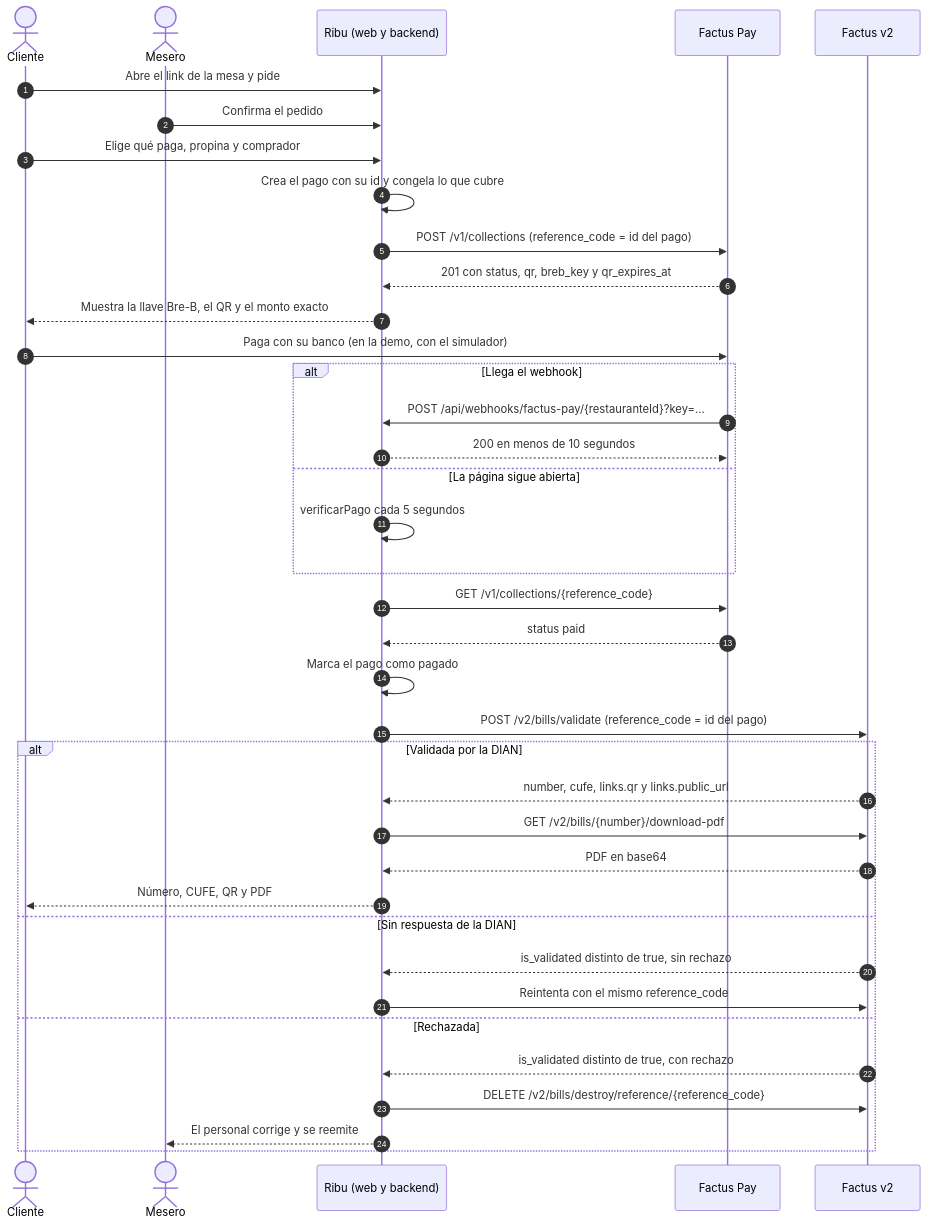
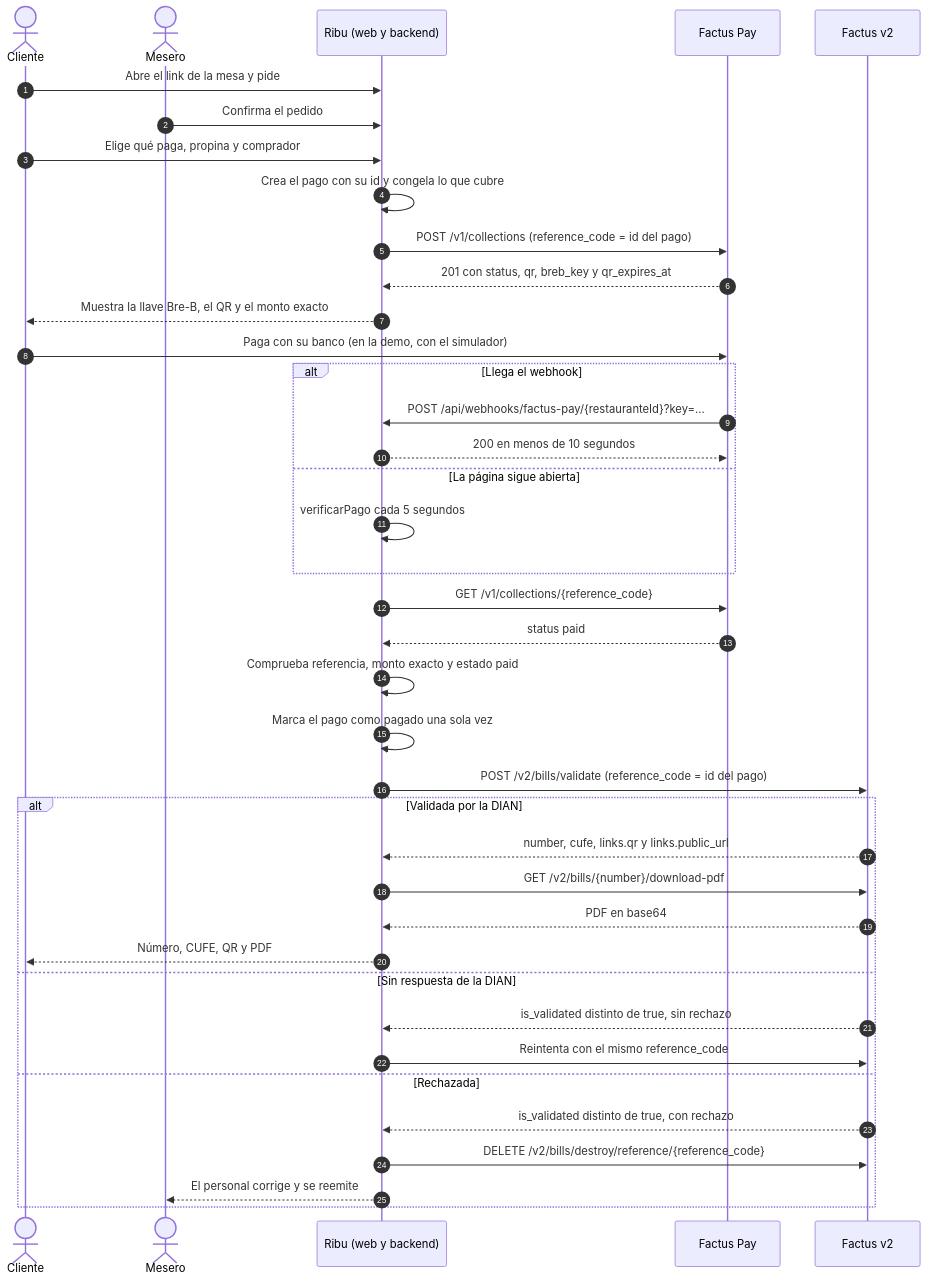
The first of 2 diagrams in docs/explicacion-integracion.md (ribu-co/ribu), drawn with Mermaid before and after one commit. The commit also changed other lines of this file, not shown here.

````diff
--- a/docs/explicacion-integracion.md
+++ b/docs/explicacion-integracion.md
@@ -40,44 +40,45 @@
 ```mermaid
 sequenceDiagram
     autonumber
     actor C as Cliente
     actor M as Mesero
     participant R as Ribu (web y backend)
     participant P as Factus Pay
     participant F as Factus v2
 
     C->>R: Abre el link de la mesa y pide
     M->>R: Confirma el pedido
     C->>R: Elige qué paga, propina y comprador
     R->>R: Crea el pago con su id y congela lo que cubre
     R->>P: POST /v1/collections (reference_code = id del pago)
     P-->>R: 201 con status, qr, breb_key y qr_expires_at
     R-->>C: Muestra la llave Bre-B, el QR y el monto exacto
     C->>P: Paga con su banco (en la demo, con el simulador)
 
     alt Llega el webhook
         P->>R: POST /api/webhooks/factus-pay/{restauranteId}?key=...
         R-->>P: 200 en menos de 10 segundos
     else La página sigue abierta
         R->>R: verificarPago cada 5 segundos
     end
 
     R->>P: GET /v1/collections/{reference_code}
     P-->>R: status paid
-    R->>R: Marca el pago como pagado
+    R->>R: Comprueba referencia, monto exacto y estado paid
+    R->>R: Marca el pago como pagado una sola vez
 
     R->>F: POST /v2/bills/validate (reference_code = id del pago)
     alt Validada por la DIAN
         F-->>R: number, cufe, links.qr y links.public_url
         R->>F: GET /v2/bills/{number}/download-pdf
         F-->>R: PDF en base64
         R-->>C: Número, CUFE, QR y PDF
     else Sin respuesta de la DIAN
         F-->>R: is_validated distinto de true, sin rechazo
         R->>F: Reintenta con el mismo reference_code
     else Rechazada
         F-->>R: is_validated distinto de true, con rechazo
         R->>F: DELETE /v2/bills/destroy/reference/{reference_code}
         R-->>M: El personal corrige y se reemite
     end
 ```
````
